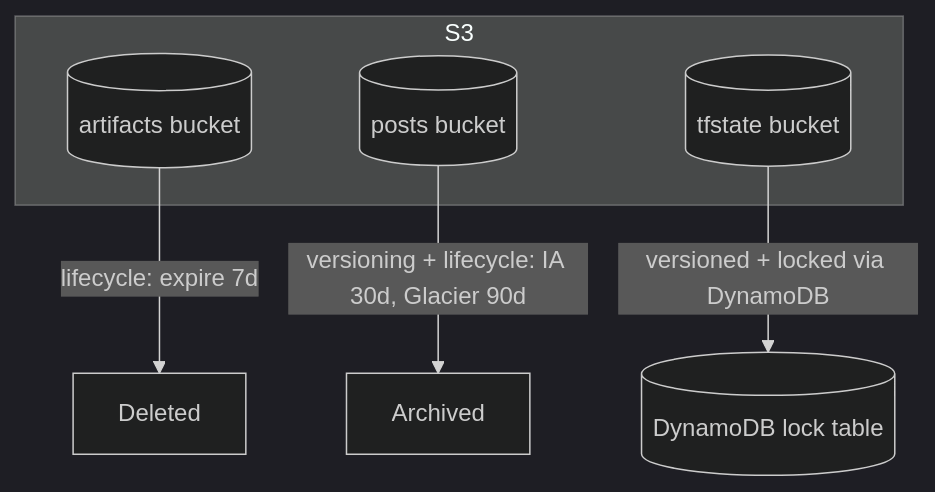
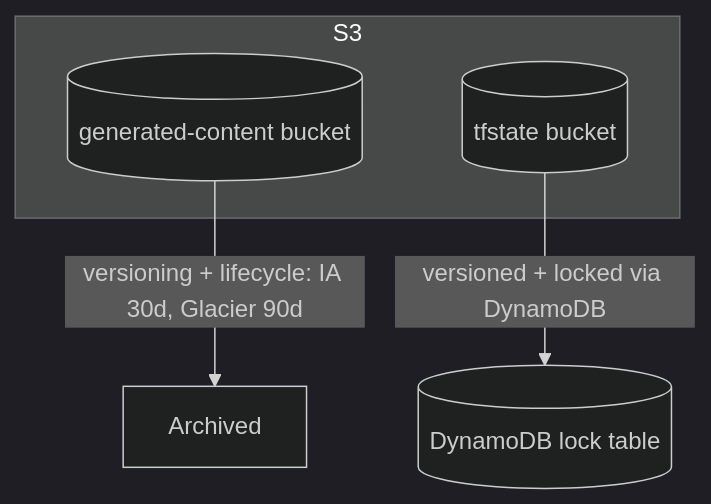
Before and after one commit to teddynted/ai-github-repository-blog-generator: the sixth of 6 diagrams in docs/architecture.md, drawn with Mermaid (dark theme). The commit also changed other lines of this file and 10 other files, not shown here.

````diff
--- a/docs/architecture.md
+++ b/docs/architecture.md
@@ -181,11 +181,9 @@
 ```mermaid
 flowchart TB
     subgraph S3
-        ART[(artifacts bucket)]
-        POST[(posts bucket)]
+        GC[(generated-content bucket)]
         STATE[(tfstate bucket)]
     end
-    ART -->|lifecycle: expire 7d| X1[Deleted]
-    POST -->|versioning + lifecycle: IA 30d, Glacier 90d| X2[Archived]
+    GC -->|versioning + lifecycle: IA 30d, Glacier 90d| ARCH[Archived]
     STATE -->|versioned + locked via DynamoDB| LOCK[(DynamoDB lock table)]
 ```
````
